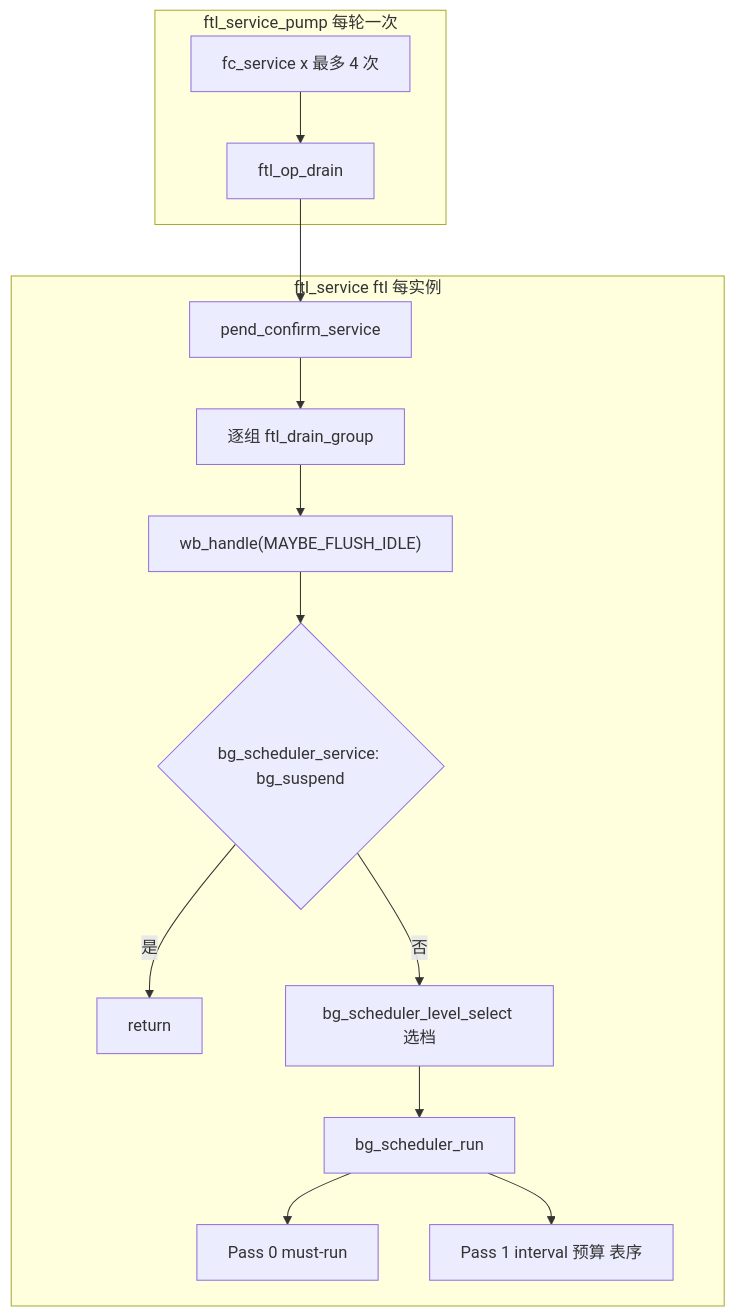
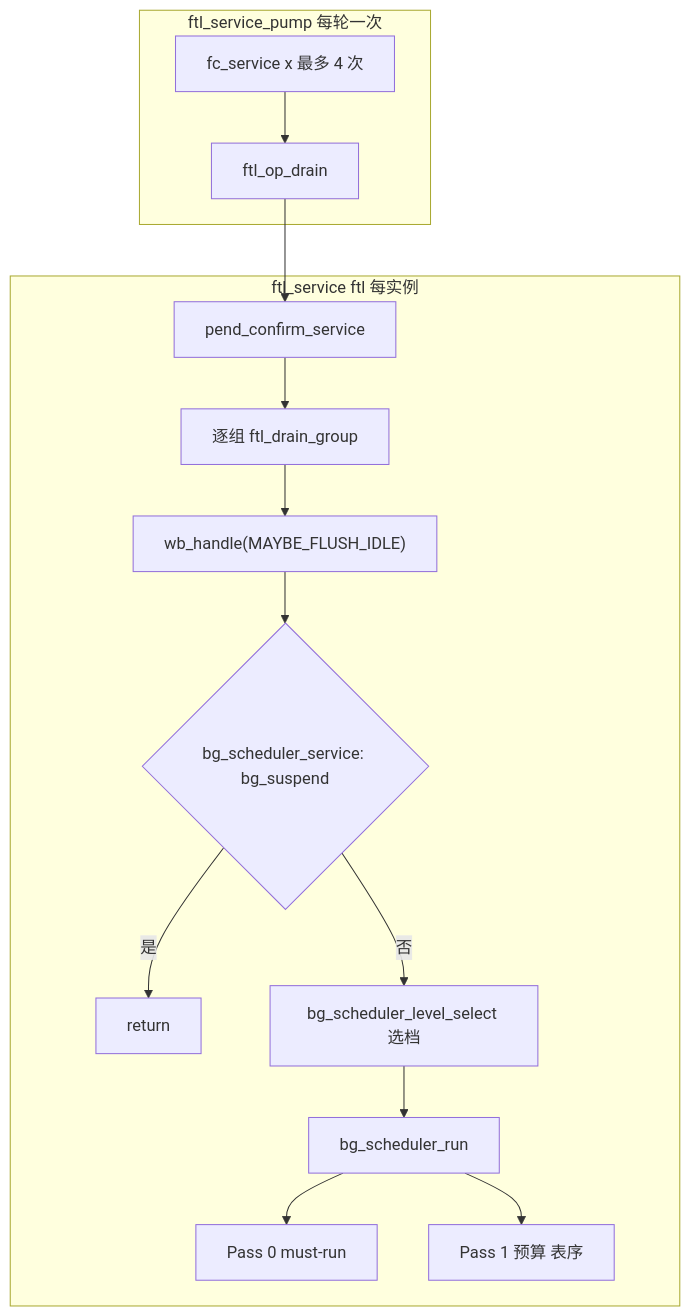
Before and after one commit to YzYMIAO/BASESSD: diagram 20 of 34 in docs/design/ftl_design.md, drawn with Mermaid. The commit also changed other lines of this file and 3 other files, not shown here.

````diff
--- a/docs/design/ftl_design.md
+++ b/docs/design/ftl_design.md
@@ -3368,17 +3441,17 @@
 ```mermaid
 flowchart TB
     subgraph "ftl_service_pump 每轮一次"
         P1["fc_service x 最多 4 次"] --> P2["ftl_op_drain"]
     end
     subgraph "ftl_service ftl 每实例"
         S1["pend_confirm_service"] --> S2["逐组 ftl_drain_group"]
         S2 --> S3["wb_handle(MAYBE_FLUSH_IDLE)"]
         S3 --> S4{"bg_scheduler_service: bg_suspend"}
         S4 -- "是" --> S5["return"]
         S4 -- "否" --> S6["bg_scheduler_level_select 选档"]
         S6 --> S7["bg_scheduler_run"]
         S7 --> S8["Pass 0 must-run"]
-        S7 --> S9["Pass 1 interval 预算 表序"]
+        S7 --> S9["Pass 1 预算 表序"]
     end
     P2 --> S1
 ```
````
